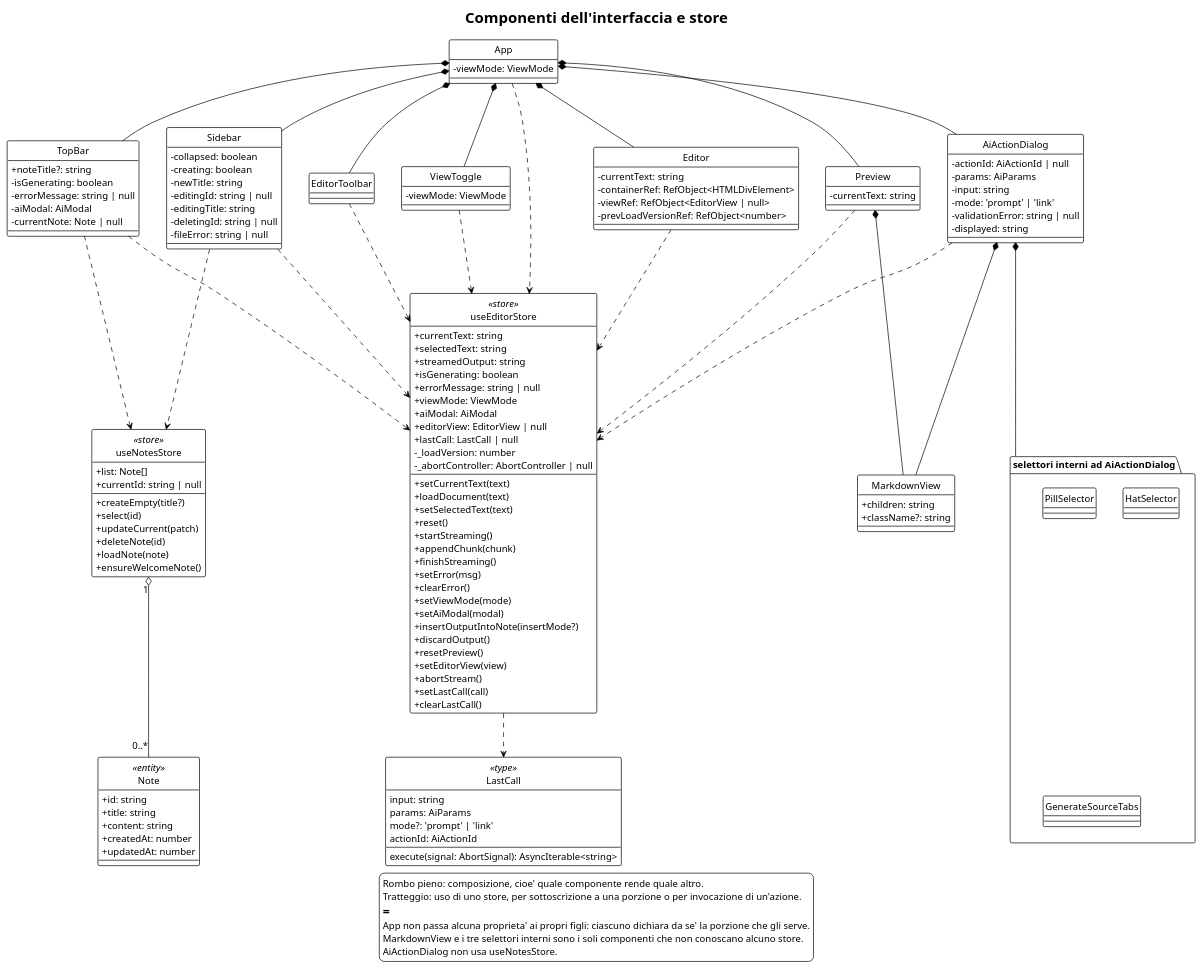
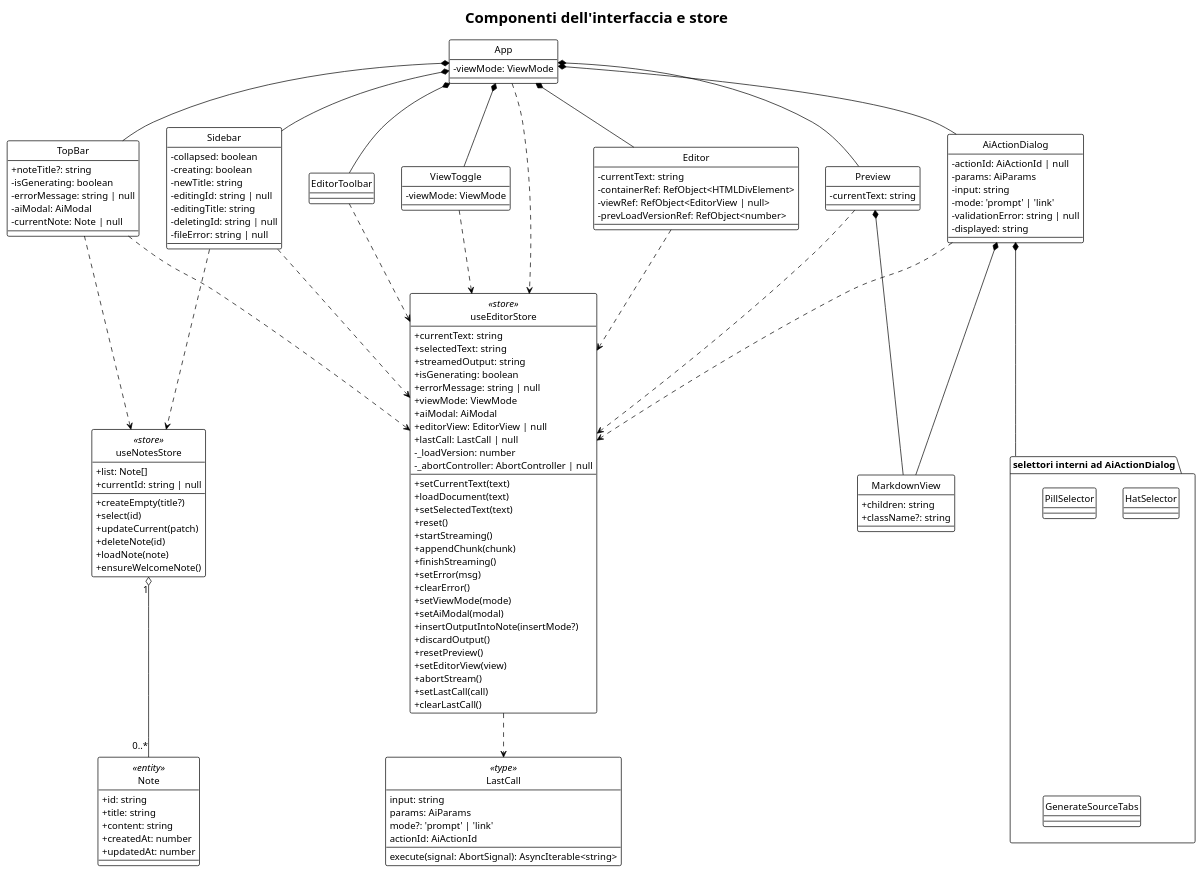
Before and after one commit to thebitless-group-swe/thebitless.github.io: the diagram in PB/doc_esterna/specifica_tecnica/assets/plantuml/UML3.3-1.puml, drawn with PlantUML. The commit also changed 35 other files, not shown here.

```diff
--- a/PB/doc_esterna/specifica_tecnica/assets/plantuml/UML3.3-1.puml
+++ b/PB/doc_esterna/specifica_tecnica/assets/plantuml/UML3.3-1.puml
@@ -1,180 +1,171 @@
 @startuml
 !theme plain
 hide circle
 skinparam classAttributeIconSize 0
 skinparam shadowing false
 skinparam defaultFontSize 14
 skinparam nodesep 40
 skinparam ranksep 65
 
 title Componenti dell'interfaccia e store
 
 ' Le frecce continue con il rombo sono composizione (chi rende chi).
 ' Le frecce tratteggiate sono uso: il componente si sottoscrive a una
 ' porzione dello store o ne invoca un'azione. Non portano etichetta
 ' perche' la superficie usata da ciascun componente e' nei diagrammi
 ' delle singole sottosezioni.
 
 class App {
   - viewMode: ViewMode
 }
 
 together {
   class Sidebar {
     - collapsed: boolean
     - creating: boolean
     - newTitle: string
     - editingId: string | null
     - editingTitle: string
     - deletingId: string | null
     - fileError: string | null
   }
 
   class TopBar {
     + noteTitle?: string
     - isGenerating: boolean
     - errorMessage: string | null
     - aiModal: AiModal
     - currentNote: Note | null
   }
 
   class ViewToggle {
     - viewMode: ViewMode
   }
 
   class EditorToolbar {
   }
 }
 
 together {
   class Editor {
     - currentText: string
     - containerRef: RefObject<HTMLDivElement>
     - viewRef: RefObject<EditorView | null>
     - prevLoadVersionRef: RefObject<number>
   }
 
   class Preview {
     - currentText: string
   }
 
   class AiActionDialog {
     - actionId: AiActionId | null
     - params: AiParams
     - input: string
     - mode: 'prompt' | 'link'
     - validationError: string | null
     - displayed: string
   }
 }
 
 class MarkdownView {
   + children: string
   + className?: string
 }
 
 package "selettori interni ad AiActionDialog" as INT {
   class PillSelector
   class HatSelector
   class GenerateSourceTabs
 }
 
 class useEditorStore <<store>> {
   + currentText: string
   + selectedText: string
   + streamedOutput: string
   + isGenerating: boolean
   + errorMessage: string | null
   + viewMode: ViewMode
   + aiModal: AiModal
   + editorView: EditorView | null
   + lastCall: LastCall | null
   - _loadVersion: number
   - _abortController: AbortController | null
   __
   + setCurrentText(text)
   + loadDocument(text)
   + setSelectedText(text)
   + reset()
   + startStreaming()
   + appendChunk(chunk)
   + finishStreaming()
   + setError(msg)
   + clearError()
   + setViewMode(mode)
   + setAiModal(modal)
   + insertOutputIntoNote(insertMode?)
   + discardOutput()
   + resetPreview()
   + setEditorView(view)
   + abortStream()
   + setLastCall(call)
   + clearLastCall()
 }
 
 class useNotesStore <<store>> {
   + list: Note[]
   + currentId: string | null
   __
   + createEmpty(title?)
   + select(id)
   + updateCurrent(patch)
   + deleteNote(id)
   + loadNote(note)
   + ensureWelcomeNote()
 }
 
 class Note <<entity>> {
   + id: string
   + title: string
   + content: string
   + createdAt: number
   + updatedAt: number
 }
 
 class LastCall <<type>> {
   input: string
   params: AiParams
   mode?: 'prompt' | 'link'
   actionId: AiActionId
   execute(signal: AbortSignal): AsyncIterable<string>
 }
 
 ' --- composizione ---
 App *-- Sidebar
 App *-- TopBar
 App *-- ViewToggle
 App *-- EditorToolbar
 App *-- Editor
 App *-- Preview
 App *-- AiActionDialog
 Preview *-- MarkdownView
 AiActionDialog *-- MarkdownView
 AiActionDialog *-- INT
 
 ' --- uso degli store ---
 App ..> useEditorStore
 Sidebar ..> useEditorStore
 TopBar ..> useEditorStore
 ViewToggle ..> useEditorStore
 EditorToolbar ..> useEditorStore
 Editor ..> useEditorStore
 Preview ..> useEditorStore
 AiActionDialog ..> useEditorStore
 Sidebar ..> useNotesStore
 TopBar ..> useNotesStore
 
 ' --- tipi ---
 useNotesStore "1" o-- "0..*" Note
 useEditorStore ..> LastCall
 
-legend bottom
-  Rombo pieno: composizione, cioe' quale componente rende quale altro.
-  Tratteggio: uso di uno store, per sottoscrizione a una porzione o per invocazione di un'azione.
-  ==
-  App non passa alcuna proprieta' ai propri figli: ciascuno dichiara da se' la porzione che gli serve.
-  MarkdownView e i tre selettori interni sono i soli componenti che non conoscano alcuno store.
-  AiActionDialog non usa useNotesStore.
-endlegend
-
 @enduml
```
